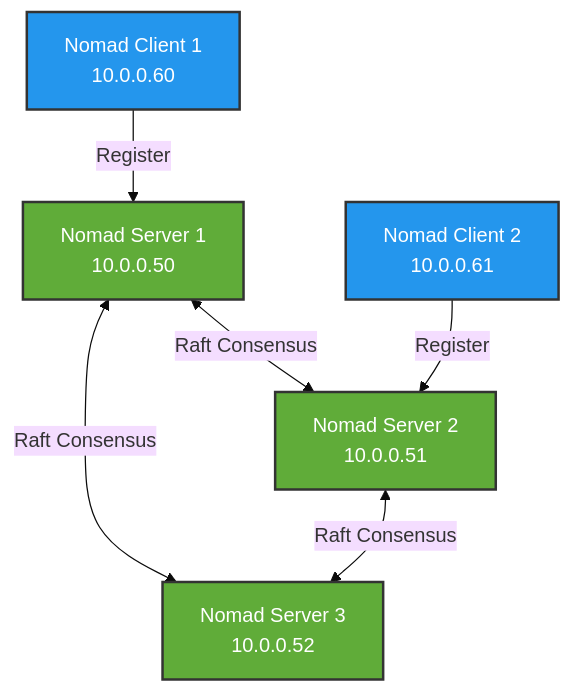
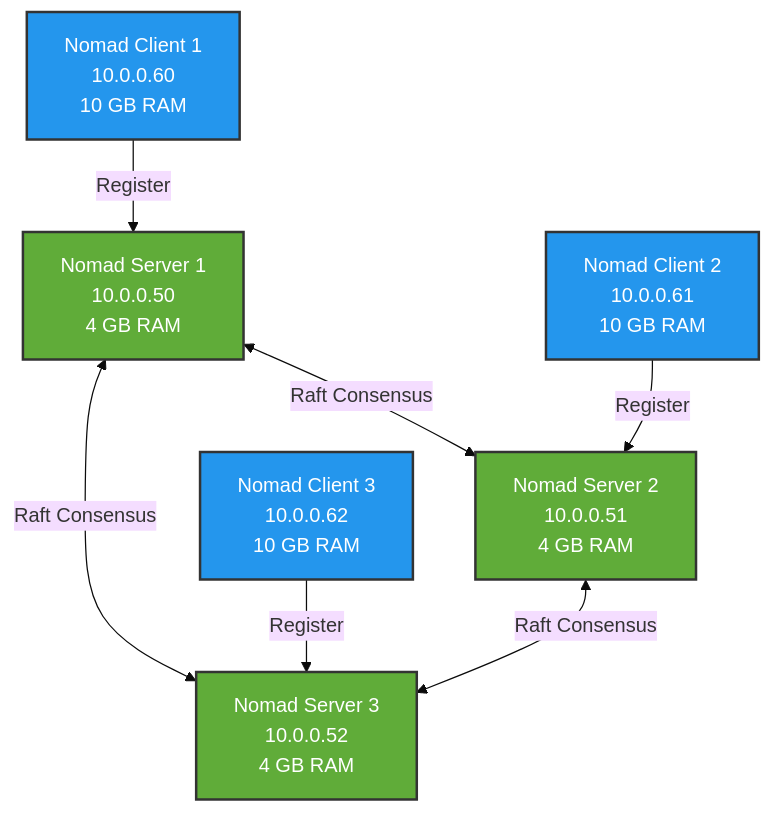
The first of 3 diagrams in README.md (jharter1/hashi_homelab), drawn with Mermaid (base theme) before and after one commit. The commit also changed other lines of this file and 7 other files, not shown here.

````diff
--- a/README.md
+++ b/README.md
@@ -44,21 +44,24 @@
 ```mermaid
 graph TD
-    Server1[Nomad Server 1<br/>10.0.0.50]
-    Server2[Nomad Server 2<br/>10.0.0.51]
-    Server3[Nomad Server 3<br/>10.0.0.52]
-    Client1[Nomad Client 1<br/>10.0.0.60]
-    Client2[Nomad Client 2<br/>10.0.0.61]
+    Server1[Nomad Server 1<br/>10.0.0.50<br/>4 GB RAM]
+    Server2[Nomad Server 2<br/>10.0.0.51<br/>4 GB RAM]
+    Server3[Nomad Server 3<br/>10.0.0.52<br/>4 GB RAM]
+    Client1[Nomad Client 1<br/>10.0.0.60<br/>10 GB RAM]
+    Client2[Nomad Client 2<br/>10.0.0.61<br/>10 GB RAM]
+    Client3[Nomad Client 3<br/>10.0.0.62<br/>10 GB RAM]
     
     Server1 <-->|Raft Consensus| Server2
     Server2 <-->|Raft Consensus| Server3
     Server3 <-->|Raft Consensus| Server1
     
     Client1 -->|Register| Server1
     Client2 -->|Register| Server2
+    Client3 -->|Register| Server3
     
     style Server1 fill:#60ac39,stroke:#333,stroke-width:2px,color:white
     style Server2 fill:#60ac39,stroke:#333,stroke-width:2px,color:white
     style Server3 fill:#60ac39,stroke:#333,stroke-width:2px,color:white
     style Client1 fill:#2496ed,stroke:#333,stroke-width:2px,color:white
     style Client2 fill:#2496ed,stroke:#333,stroke-width:2px,color:white
+    style Client3 fill:#2496ed,stroke:#333,stroke-width:2px,color:white
 ```
````
